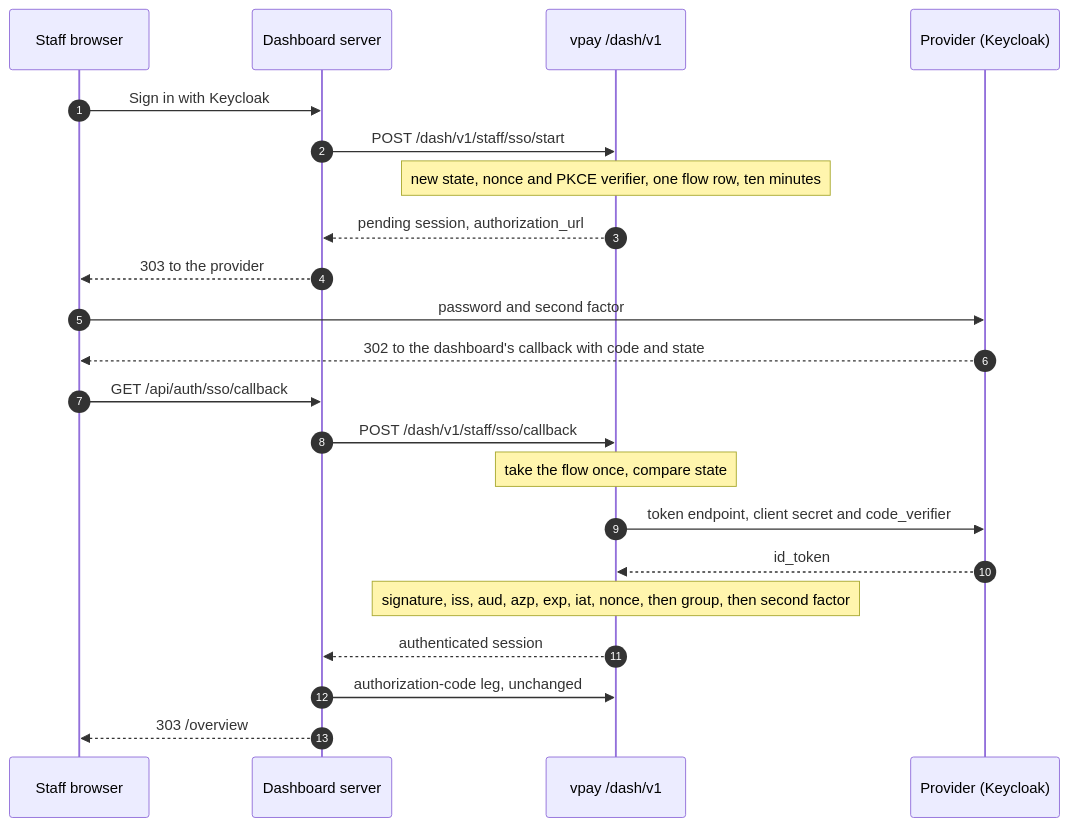
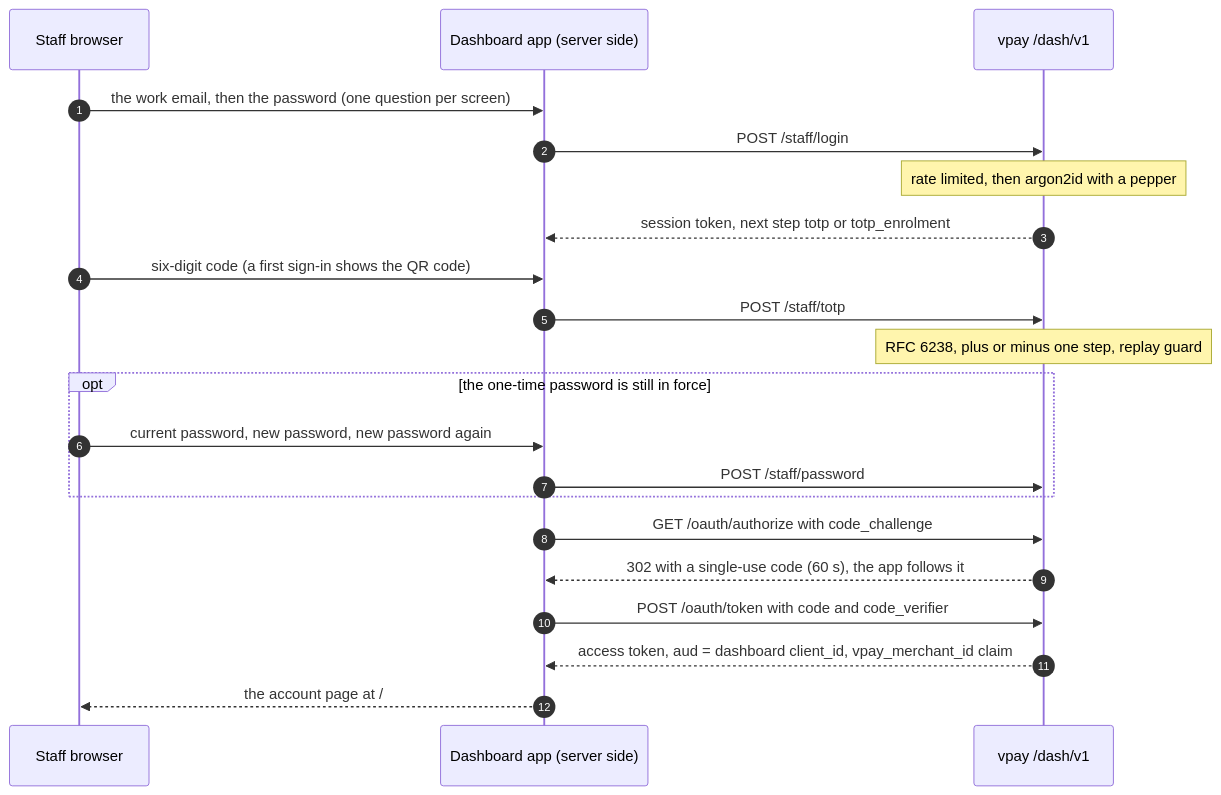
Before and after one commit to vaam-apps/vpay-docs: the second of 3 diagrams in docs/dashboard/authentication.md, drawn with Mermaid. The commit also changed other lines of this file and 29 other files, not shown here.

````diff
--- a/docs/dashboard/authentication.md
+++ b/docs/dashboard/authentication.md
@@ -149,24 +162,23 @@
 ```mermaid
 sequenceDiagram
     autonumber
     participant B as Staff browser
-    participant D as Dashboard server
+    participant A as Dashboard app (server side)
     participant V as vpay /dash/v1
-    participant K as Provider (Keycloak)
-    B->>D: Sign in with Keycloak
-    D->>V: POST /dash/v1/staff/sso/start
-    Note over V: new state, nonce and PKCE verifier, one flow row, ten minutes
-    V-->>D: pending session, authorization_url
-    D-->>B: 303 to the provider
-    B->>K: password and second factor
-    K-->>B: 302 to the dashboard's callback with code and state
-    B->>D: GET /api/auth/sso/callback
-    D->>V: POST /dash/v1/staff/sso/callback
-    Note over V: take the flow once, compare state
-    V->>K: token endpoint, client secret and code_verifier
-    K-->>V: id_token
-    Note over V: signature, iss, aud, azp, exp, iat, nonce, then group, then second factor
-    V-->>D: authenticated session
-    D->>V: authorization-code leg, unchanged
-    D-->>B: 303 /overview
+    B->>A: the work email, then the password (one question per screen)
+    A->>V: POST /staff/login
+    Note over V: rate limited, then argon2id with a pepper
+    V-->>A: session token, next step totp or totp_enrolment
+    B->>A: six-digit code (a first sign-in shows the QR code)
+    A->>V: POST /staff/totp
+    Note over V: RFC 6238, plus or minus one step, replay guard
+    opt the one-time password is still in force
+        B->>A: current password, new password, new password again
+        A->>V: POST /staff/password
+    end
+    A->>V: GET /oauth/authorize with code_challenge
+    V-->>A: 302 with a single-use code (60 s), the app follows it
+    A->>V: POST /oauth/token with code and code_verifier
+    V-->>A: access token, aud = dashboard client_id, vpay_merchant_id claim
+    A-->>B: the account page at /
 ```
````
